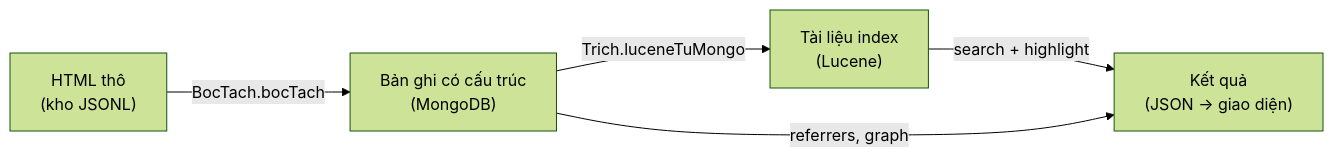
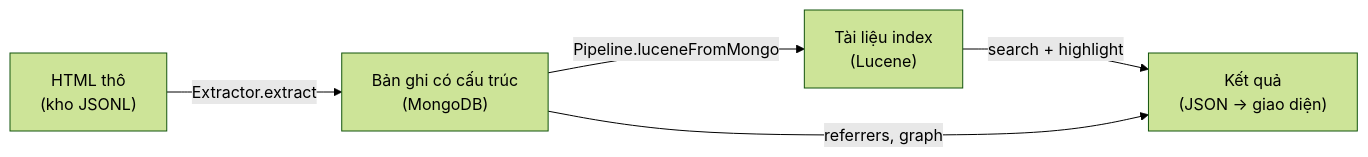
One commit to nguyenpnguyen/di-project changed the second of 21 diagrams in BAO-CAO-KY-THUAT.md. Above: the diagram before and after it, drawn with Mermaid (forest theme). The commit also changed other lines of this file and 55 other files, not shown here.

````diff
--- a/BAO-CAO-KY-THUAT.md
+++ b/BAO-CAO-KY-THUAT.md
@@ -78,7 +78,7 @@
 ```mermaid
 flowchart LR
-    A["HTML thô<br/>(kho JSONL)"] -->|"BocTach.bocTach"| B["Bản ghi có cấu trúc<br/>(MongoDB)"]
-    B -->|"Trich.luceneTuMongo"| C["Tài liệu index<br/>(Lucene)"]
+    A["HTML thô<br/>(kho JSONL)"] -->|"Extractor.extract"| B["Bản ghi có cấu trúc<br/>(MongoDB)"]
+    B -->|"Pipeline.luceneFromMongo"| C["Tài liệu index<br/>(Lucene)"]
     C -->|"search + highlight"| D["Kết quả<br/>(JSON → giao diện)"]
     B -->|"referrers, graph"| D
 ```
````
